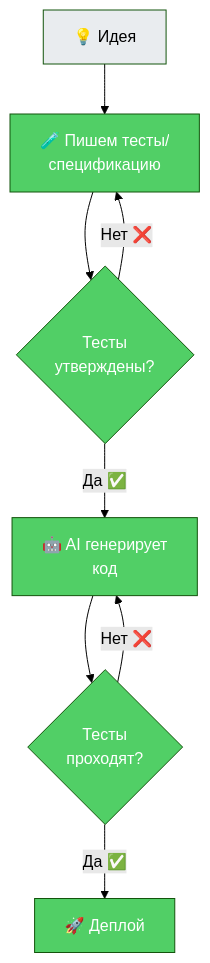
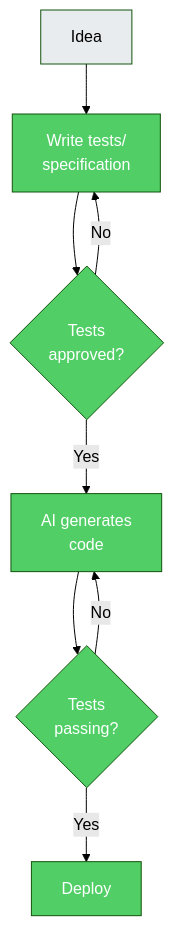
Before and after one commit to ad3002/masters-course-2025-vibe-coding: the second of 13 diagrams in materials/workshop3.md, drawn with Mermaid (forest theme). The commit also changed other lines of this file, not shown here.

````diff
--- a/materials/workshop3.md
+++ b/materials/workshop3.md
@@ -54,17 +54,17 @@
 ```mermaid
 graph TD
-    A1[💡 Идея] --> A2[🧪 Пишем тесты/<br/>спецификацию]
-    A2 --> A3{Тесты<br/>утверждены?}
-    A3 -->|Нет ❌| A2
-    A3 -->|Да ✅| A4[🤖 AI генерирует<br/>код]
-    A4 --> A5{Тесты<br/>проходят?}
-    A5 -->|Нет ❌| A4
-    A5 -->|Да ✅| A6[🚀 Деплой]
+    A1[Idea] --> A2[Write tests/<br/>specification]
+    A2 --> A3{Tests<br/>approved?}
+    A3 -->|No| A2
+    A3 -->|Yes| A4[AI generates<br/>code]
+    A4 --> A5{Tests<br/>passing?}
+    A5 -->|No| A4
+    A5 -->|Yes| A6[Deploy]
 
     style A1 fill:#e9ecef
     style A2 fill:#51cf66,color:#fff
     style A3 fill:#51cf66,color:#fff
     style A4 fill:#51cf66,color:#fff
     style A5 fill:#51cf66,color:#fff
     style A6 fill:#51cf66,color:#fff
 ```
````
